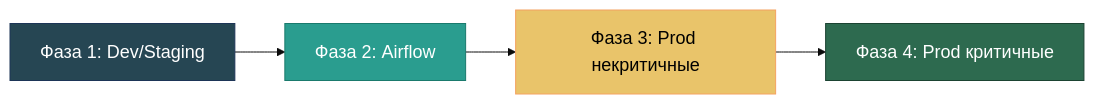
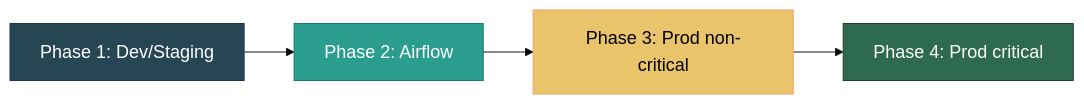
One commit to ViktorUJ/cks changed the fifth of 10 diagrams in docs/articles/from_spot_io_to_karpenter/readme.MD. Above: the diagram before and after it, drawn with Mermaid. The commit also changed other lines of this file and 1 other file, not shown here.

````diff
--- a/docs/articles/from_spot_io_to_karpenter/readme.MD
+++ b/docs/articles/from_spot_io_to_karpenter/readme.MD
@@ -310,19 +313,19 @@
 ```mermaid
 ---
 config:
   theme: base
   themeVariables:
     fontSize: 18px
     nodeSpacing: 50
     rankSpacing: 70
 ---
 graph LR
-    P1["Фаза 1: Dev/Staging"] --> P2["Фаза 2: Airflow"]
-    P2 --> P3["Фаза 3: Prod некритичные"]
-    P3 --> P4["Фаза 4: Prod критичные"]
+    P1["Phase 1: Dev/Staging"] --> P2["Phase 2: Airflow"]
+    P2 --> P3["Phase 3: Prod non-critical"]
+    P3 --> P4["Phase 4: Prod critical"]
 
     style P1 fill:#264653,stroke:#1d3557,color:#fff
     style P2 fill:#2a9d8f,stroke:#1a7a6d,color:#fff
     style P3 fill:#e9c46a,stroke:#f4a261,color:#000
     style P4 fill:#2d6a4f,stroke:#1b4332,color:#fff
 ```
````
